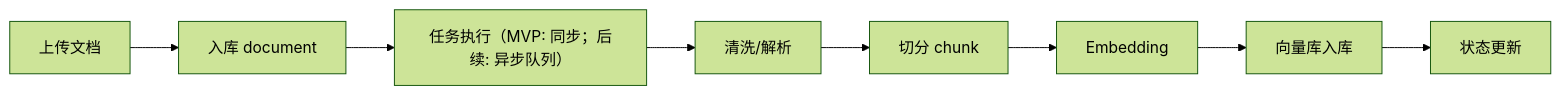
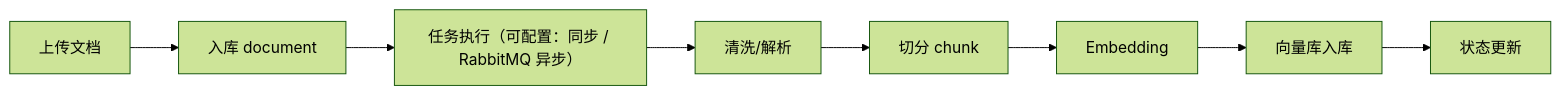
The first of 2 diagrams in docs/Architecture.md (ZTH7/RAGDesk), drawn with Mermaid (forest theme) before and after one commit. The commit also changed other lines of this file and 12 other files, not shown here.

````diff
--- a/docs/Architecture.md
+++ b/docs/Architecture.md
@@ -106,10 +107,10 @@
 ```mermaid
 flowchart LR
 A[上传文档] --> B[入库 document]
-B --> C[任务执行（MVP: 同步；后续: 异步队列）]
+B --> C[任务执行（可配置：同步 / RabbitMQ 异步）]
 C --> D[清洗/解析]
 D --> E[切分 chunk]
 E --> F[Embedding]
 F --> G[向量库入库]
 G --> H[状态更新]
 ```
````
